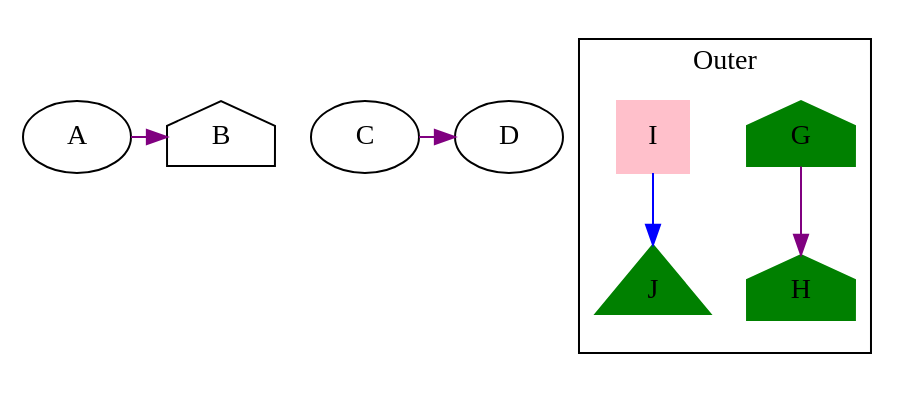
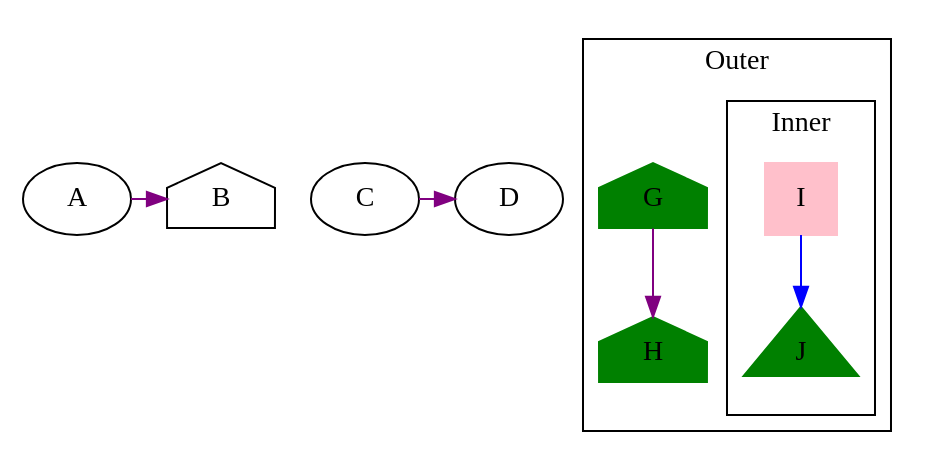
Before and after one commit to graphviz-perl/GraphViz2-Marpa: the diagram in data/55.gv, drawn with Graphviz. The commit also changed 5 other files, not shown here.

```diff
--- a/data/55.gv
+++ b/data/55.gv
@@ -1,32 +1,32 @@
 strict digraph graph_55
 {
 	A [shape = oval]
 
 	node [shape = house]
 	edge [color = purple]
 
 	{
 		rank = same
 		B
 		node [shape = oval]
 		A -> B
 		{ C -> D }
 	}
 
 	node [color = green style = filled]
 
 	subgraph cluster_outer
 	{
 		G -> H
 		label = Outer
-		subgraph
+		subgraph cluster_inner
 		{
 			node [shape = triangle]
 			edge [color = blue]
 			I [color = pink shape = square]
 			I -> J
 			label = Inner
 		}
 	}
 	graph [rankdir = TB]
 }
```
